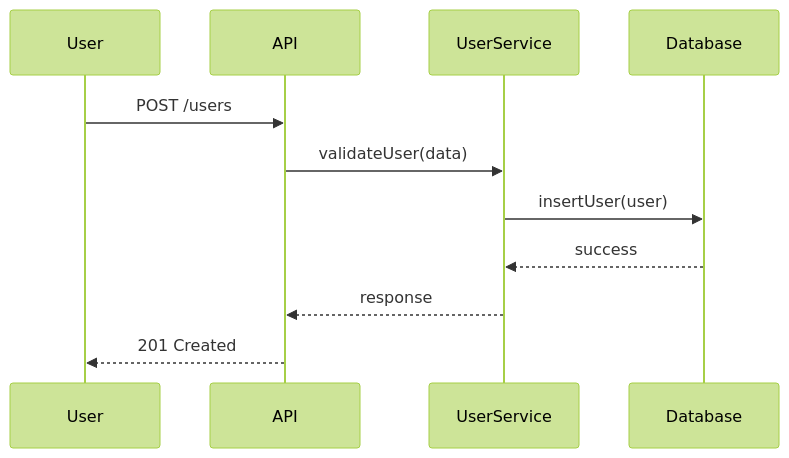
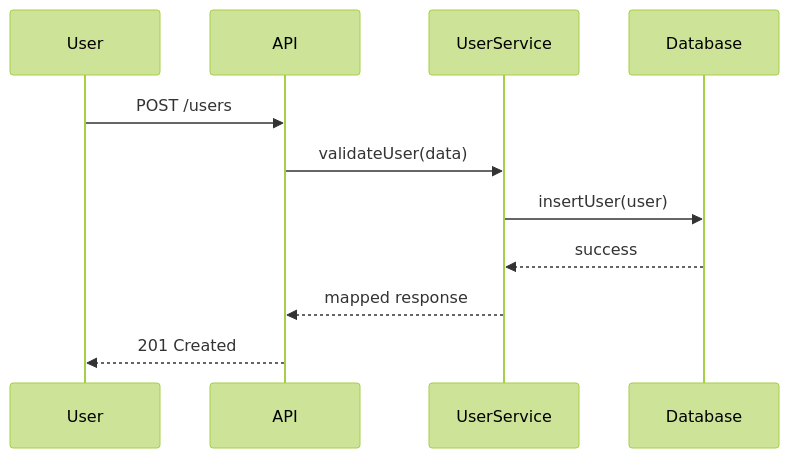
The third of 6 diagrams in part1/README.md (ScOreX-242/holbertonschool-hbnb), drawn with Mermaid (forest theme) before and after one commit. The commit also changed other lines of this file, not shown here.

````diff
--- a/part1/README.md
+++ b/part1/README.md
@@ -115,14 +127,14 @@
 ```mermaid
 sequenceDiagram
     participant User
     participant API
     participant UserService
     participant Database
 
     User->>API: POST /users
     API->>UserService: validateUser(data)
     UserService->>Database: insertUser(user)
     Database-->>UserService: success
-    UserService-->>API: response
+    UserService-->>API: mapped response
     API-->>User: 201 Created
 ```
````
